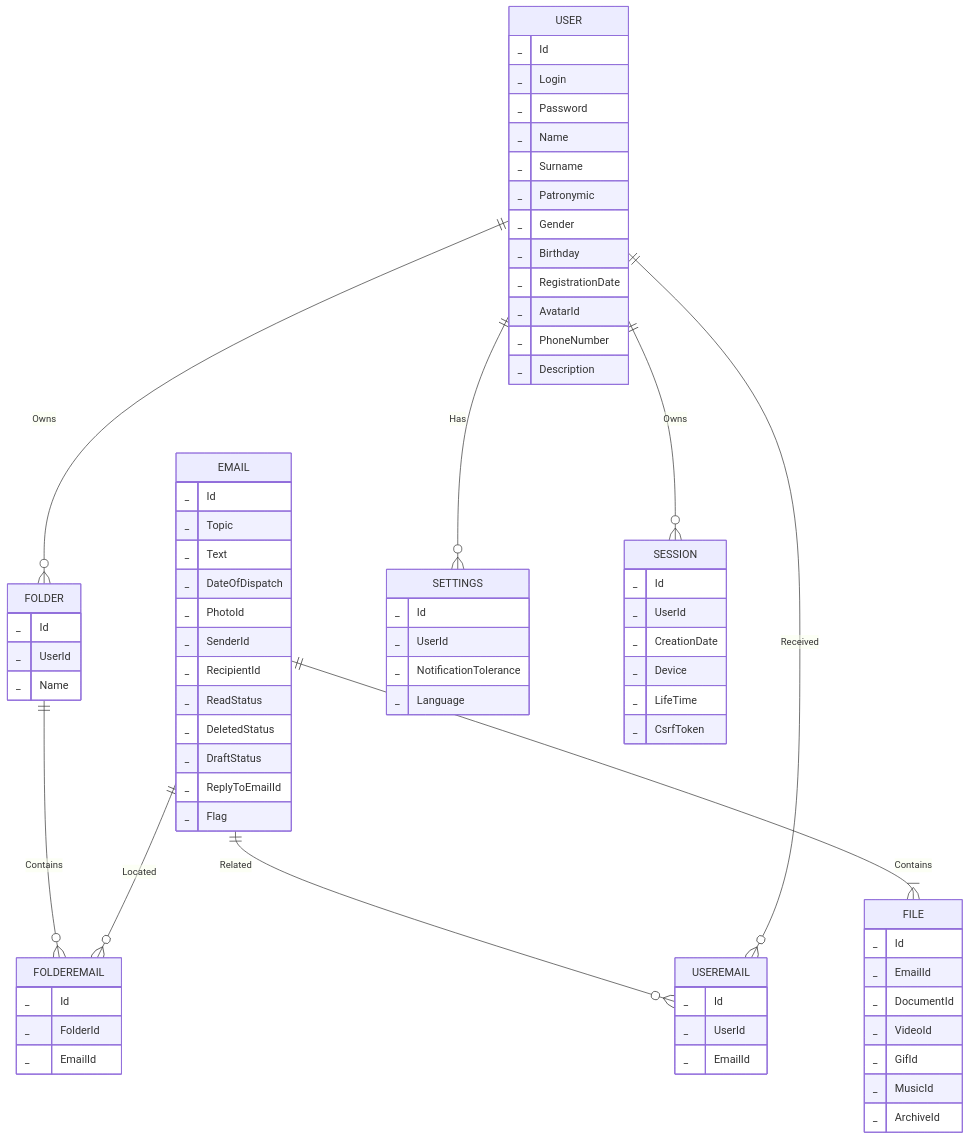
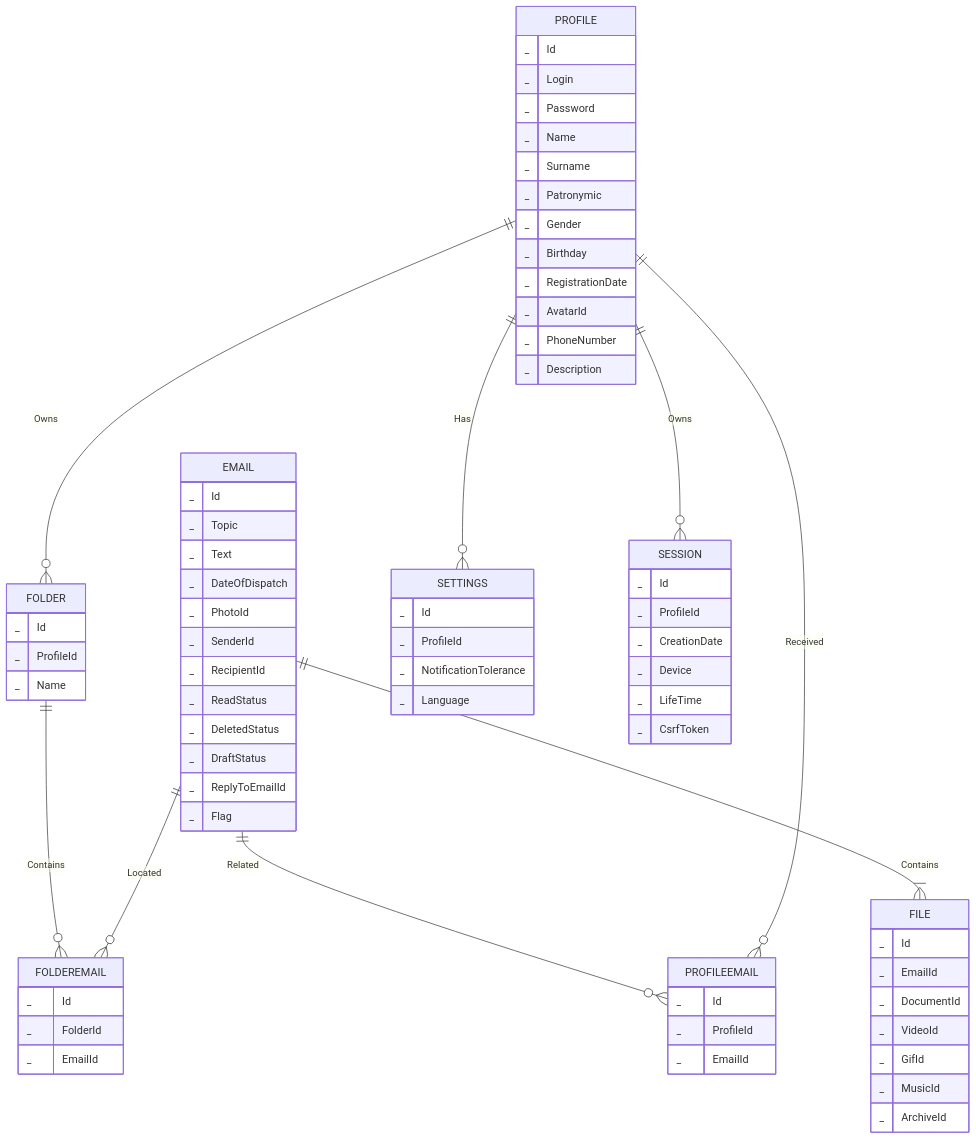
One commit to go-park-mail-ru/2024_1_Refugio changed the second of 2 diagrams in db/normalized/relations.md. Above: the diagram before and after it, drawn with Mermaid. The commit also changed other lines of this file and 7 other files, not shown here.

````diff
--- a/db/normalized/relations.md
+++ b/db/normalized/relations.md
@@ -89,78 +89,78 @@
 ```mermaid
 erDiagram
-    USER {
+    PROFILE {
         _ Id
         _ Login
         _ Password
         _ Name
         _ Surname
         _ Patronymic
         _ Gender
         _ Birthday
         _ RegistrationDate
         _ AvatarId
         _ PhoneNumber
         _ Description
     }
     EMAIL {
         _ Id
         _ Topic
         _ Text
         _ DateOfDispatch
         _ PhotoId
         _ SenderId
         _ RecipientId
         _ ReadStatus
         _ DeletedStatus
         _ DraftStatus
         _ ReplyToEmailId
         _ Flag
     }
     FILE {
         _ Id
         _ EmailId
         _ DocumentId
         _ VideoId
         _ GifId
         _ MusicId
         _ ArchiveId
     }
-    USEREMAIL {
+    PROFILEEMAIL {
         _ Id
-        _ UserId
+        _ ProfileId
         _ EmailId
     }
     FOLDER {
         _ Id
-        _ UserId
+        _ ProfileId
         _ Name
     }
     FOLDEREMAIL {
         _ Id
         _ FolderId
         _ EmailId
     }
     SETTINGS {
         _ Id
-        _ UserId
+        _ ProfileId
         _ NotificationTolerance
         _ Language
     }
     SESSION {
         _ Id
-        _ UserId
+        _ ProfileId
         _ CreationDate
         _ Device
         _ LifeTime
         _ CsrfToken
     }
 
-    USER ||--o{ SESSION : "Owns"
-    USER ||--o{ SETTINGS : "Has"
-    USER ||--o{ FOLDER : "Owns"
+    PROFILE ||--o{ SESSION : "Owns"
+    PROFILE ||--o{ SETTINGS : "Has"
+    PROFILE ||--o{ FOLDER : "Owns"
     FOLDER ||--o{ FOLDEREMAIL : "Contains"
     EMAIL ||--o{ FOLDEREMAIL : "Located"
-    EMAIL ||--o{ USEREMAIL : "Related"
-    USER ||--o{ USEREMAIL : "Received"
+    EMAIL ||--o{ PROFILEEMAIL : "Related"
+    PROFILE ||--o{ PROFILEEMAIL : "Received"
     EMAIL ||--|{ FILE : "Contains"
 ```
````
